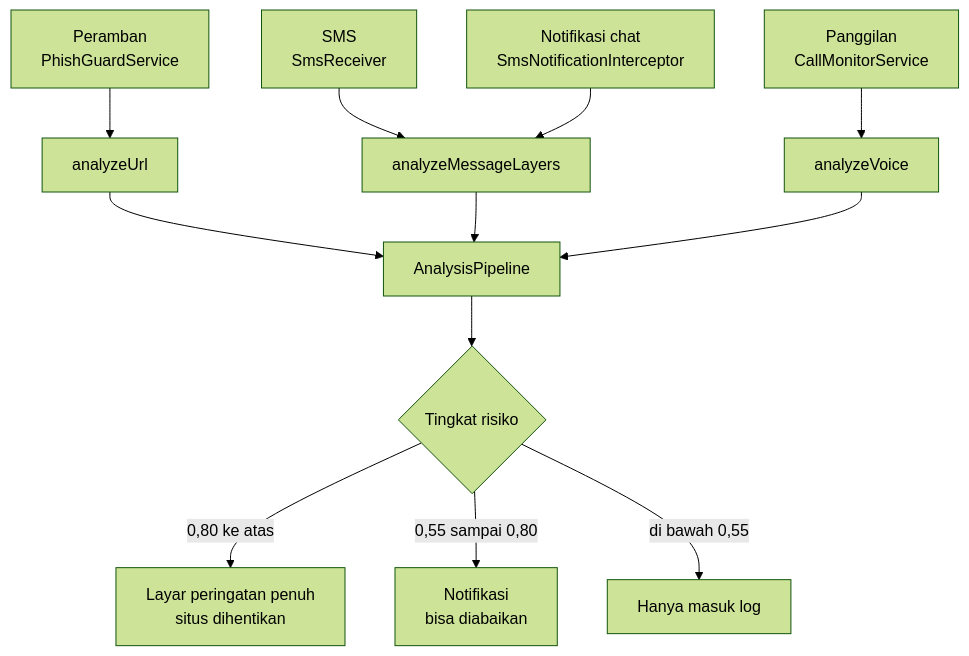
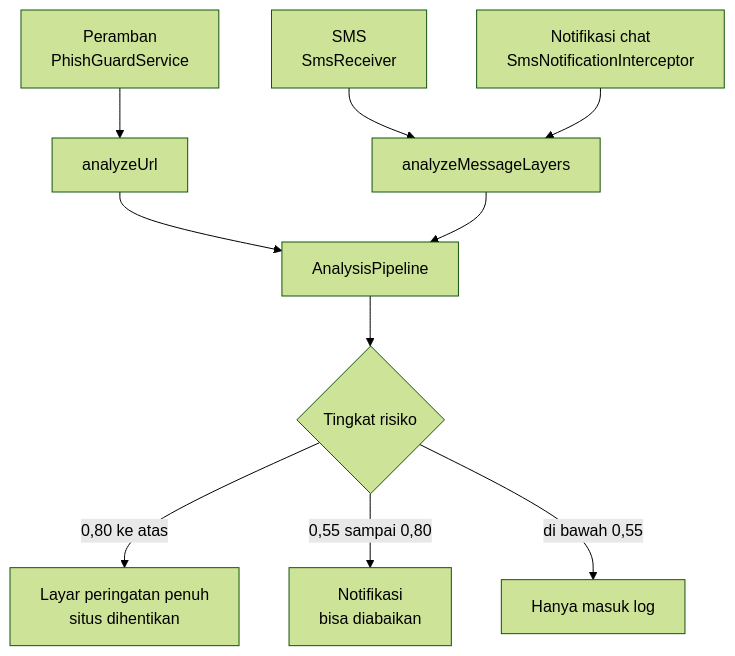
The diagram in README.md (fsrsr/Phisguard-AI), drawn with Mermaid (forest theme) before and after one commit. The commit also changed other lines of this file, not shown here.

First line of the commit message:
docs: selaraskan README dengan kode (hapus kanal panggilan telepon)

````diff
--- a/README.md
+++ b/README.md
@@ -68,16 +72,14 @@
 ```mermaid
 flowchart TD
     B["Peramban<br/>PhishGuardService"] --> P
     S["SMS<br/>SmsReceiver"] --> L
     N["Notifikasi chat<br/>SmsNotificationInterceptor"] --> L
-    C["Panggilan<br/>CallMonitorService"] --> V
 
     P["analyzeUrl"] --> AP[AnalysisPipeline]
     L["analyzeMessageLayers"] --> AP
-    V["analyzeVoice"] --> AP
 
     AP --> R{Tingkat risiko}
     R -->|"0,80 ke atas"| FS["Layar peringatan penuh<br/>situs dihentikan"]
     R -->|"0,55 sampai 0,80"| NT["Notifikasi<br/>bisa diabaikan"]
     R -->|"di bawah 0,55"| LG["Hanya masuk log"]
 ```
````
